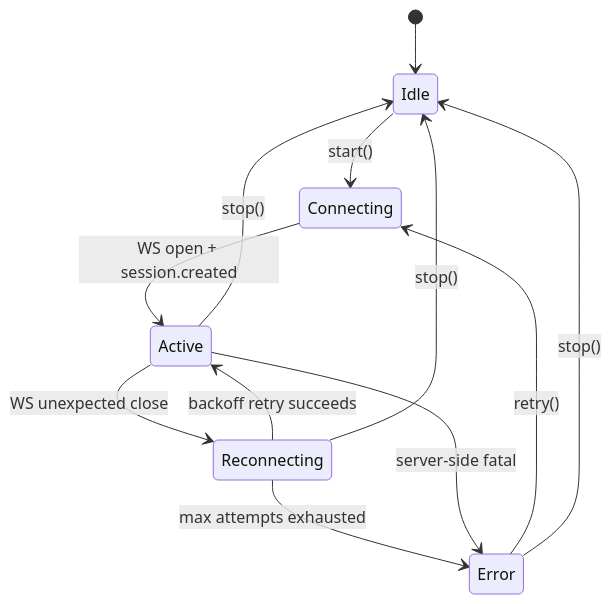
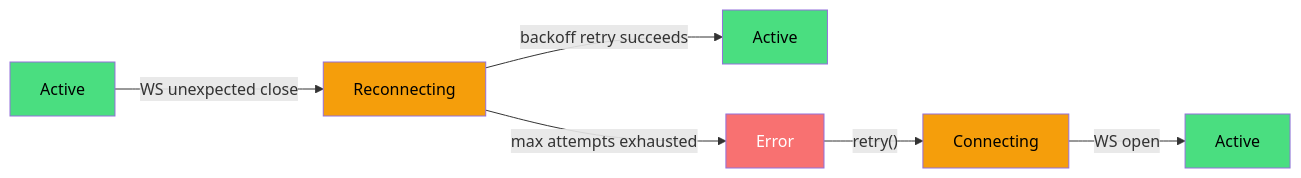
The eighth of 9 diagrams in README.md (carlosvictorodrigues/realtime-translate), drawn with Mermaid before and after one commit. The commit also changed other lines of this file, not shown here.

First line of the commit message:
README: fix Mermaid sequence parse error + redesign state diagrams

````diff
--- a/README.md
+++ b/README.md
@@ -352,14 +370,15 @@
 ```mermaid
-stateDiagram-v2
-    [*] --> Idle
-    Idle --> Connecting: start()
-    Connecting --> Active: WS open + session.created
-    Active --> Reconnecting: WS unexpected close
-    Active --> Idle: stop()
-    Reconnecting --> Active: backoff retry succeeds
-    Reconnecting --> Error: max attempts exhausted
-    Reconnecting --> Idle: stop()
-    Error --> Connecting: retry()
-    Error --> Idle: stop()
-    Active --> Error: server-side fatal
+flowchart LR
+    Active["Active"] -->|"WS unexpected close"| Reconnecting["Reconnecting"]
+    Reconnecting -->|"backoff retry succeeds"| Active2["Active"]
+    Reconnecting -->|"max attempts exhausted"| Error["Error"]
+    Error -->|"retry()"| Connecting["Connecting"]
+    Connecting -->|"WS open"| Active3["Active"]
+
+    style Active fill:#4ade80,color:#000
+    style Active2 fill:#4ade80,color:#000
+    style Active3 fill:#4ade80,color:#000
+    style Reconnecting fill:#f59e0b,color:#000
+    style Error fill:#f87171,color:#fff
+    style Connecting fill:#f59e0b,color:#000
 ```
````
